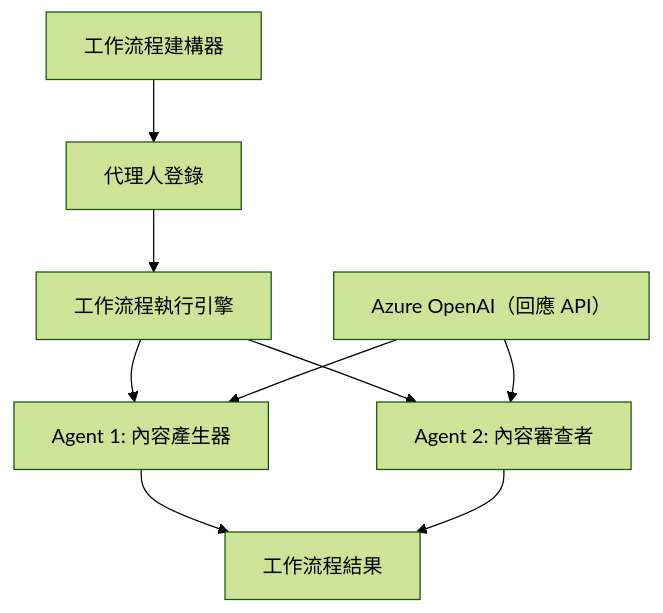
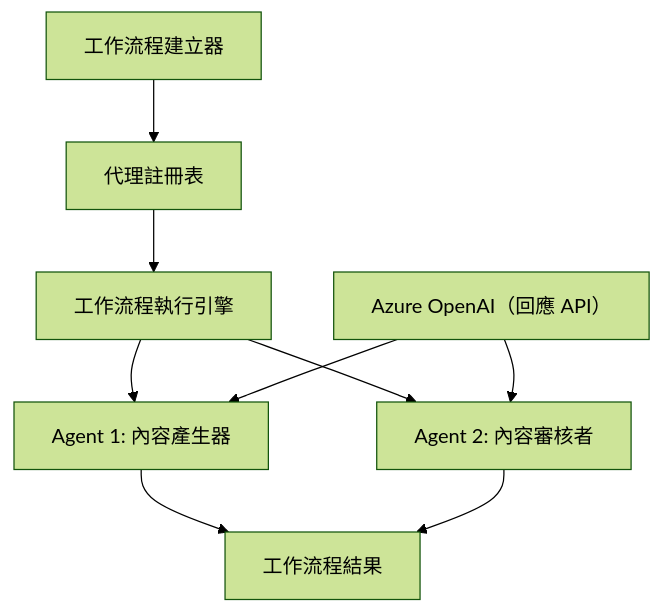
The diagram in translations/zh-TW/08-multi-agent/code_samples/workflows-agent-framework/dotNET/01.dotnet-agent-framework-workflow-ghmodel-basic.md (venturemavenwill/azureaifundamentals), drawn with Mermaid (forest theme) before and after one commit. The commit also changed other lines of this file and 2002 other files, not shown here.

````diff
--- a/translations/zh-TW/08-multi-agent/code_samples/workflows-agent-framework/dotNET/01.dotnet-agent-framework-workflow-ghmodel-basic.md
+++ b/translations/zh-TW/08-multi-agent/code_samples/workflows-agent-framework/dotNET/01.dotnet-agent-framework-workflow-ghmodel-basic.md
@@ -64,11 +64,11 @@
 ```mermaid
 graph TD
-    A[工作流程建構器] --> B[代理人登錄]
+    A[工作流程建立器] --> B[代理註冊表]
     B --> C[工作流程執行引擎]
     C --> D[Agent 1: 內容產生器]
-    C --> E[Agent 2: 內容審查者] 
+    C --> E[Agent 2: 內容審核者] 
     D --> F[工作流程結果]
     E --> F
     G[Azure OpenAI（回應 API）] --> D
     G --> E
 ```
````
